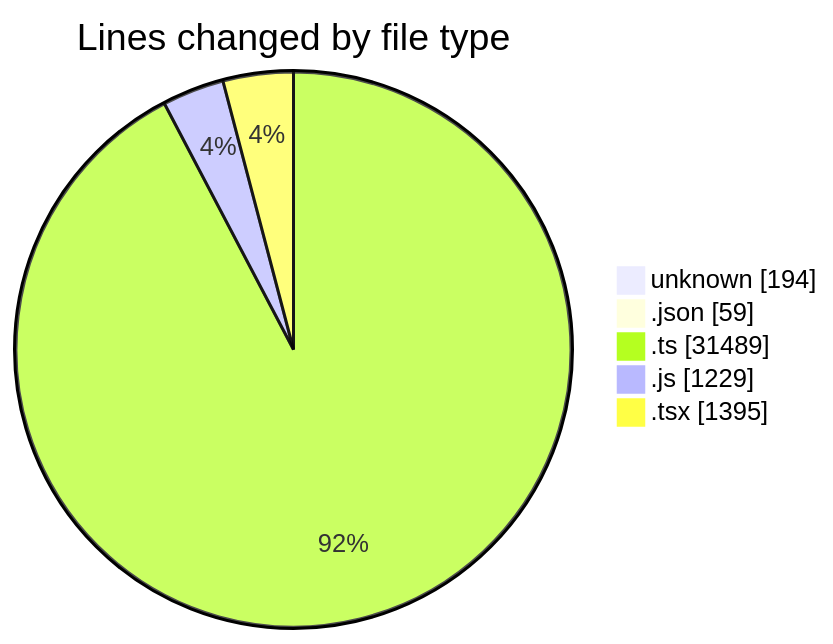
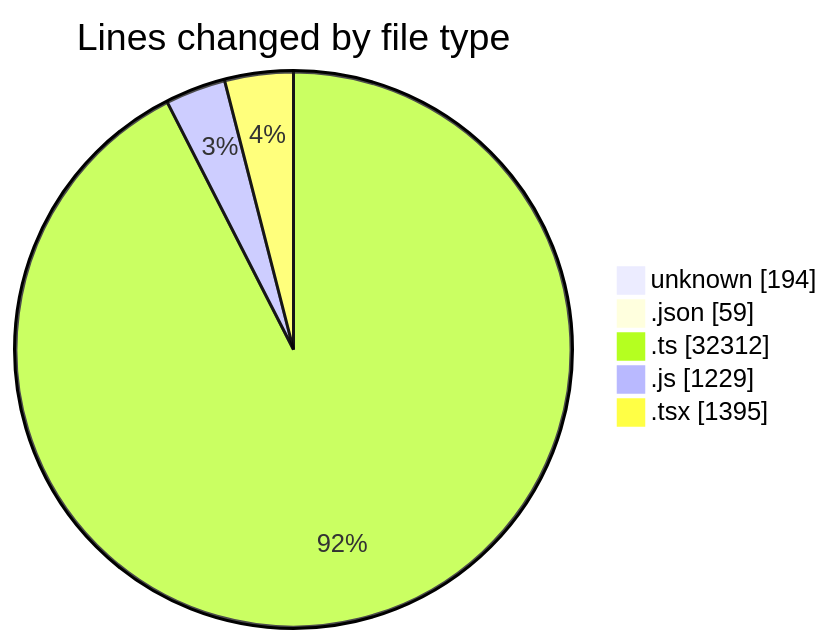
Before and after one commit to momahboobian/code-tracking: the first of 2 diagrams in 2025-11-13/cda/README.md, drawn with Mermaid. The commit also changed other lines of this file and 1 other file, not shown here.

````diff
--- a/2025-11-13/cda/README.md
+++ b/2025-11-13/cda/README.md
@@ -37,9 +40,9 @@
 ```mermaid
 pie showData
 title Lines changed by file type
 "unknown" : 194
 ".json" : 59
-".ts" : 31489
+".ts" : 32312
 ".js" : 1229
 ".tsx" : 1395
 ```
````
